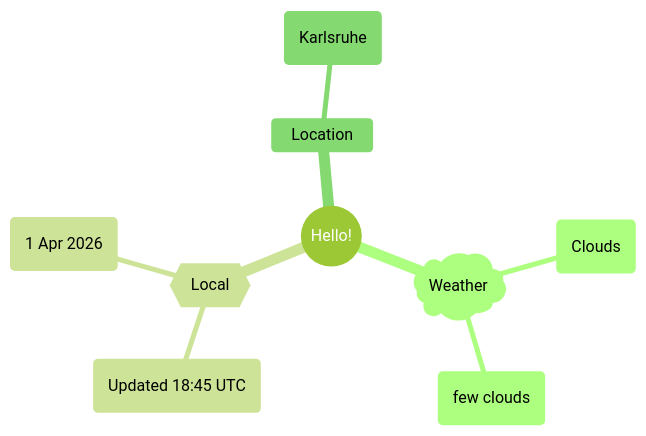
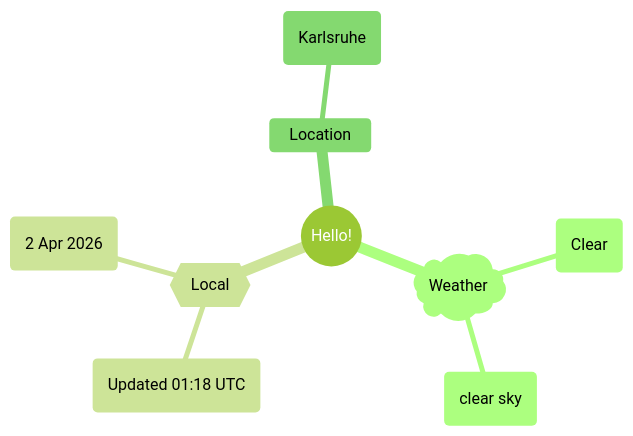
Before and after one commit to Xosrov/Xosrov: the first of 2 diagrams in README.md, drawn with Mermaid (forest theme).

Commit message:
[bot] updated images

````diff
--- a/README.md
+++ b/README.md
@@ -3,12 +3,12 @@
 ```mermaid
 mindmap
   root((Hello!))
     )Weather(
-        (Clouds)
-        (few clouds)
+        (Clear)
+        (clear sky)
     {{Local}}
-        (Updated 18:45 UTC)
-        (1 Apr 2026)
+        (Updated 01:18 UTC)
+        (2 Apr 2026)
     Location
         (Karlsruhe)
 ```
````
